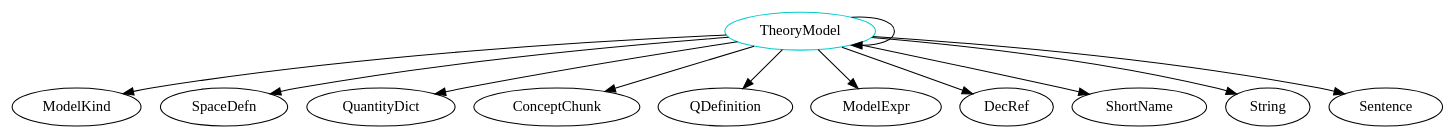
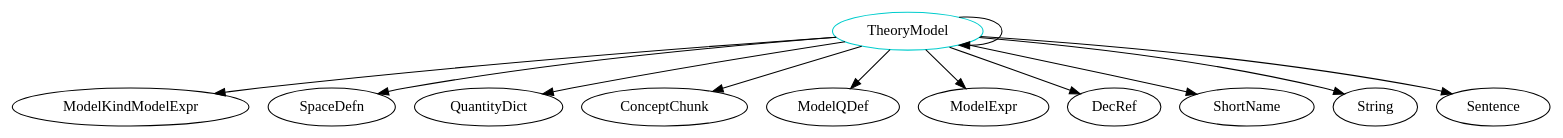
The diagram in analysis/TypeDependencyGraphs/theory/TheoryModel.dot (JacquesCarette/Drasil), drawn with Graphviz before and after one commit. The commit also changed 1222 other files, not shown here.

```diff
--- a/analysis/TypeDependencyGraphs/theory/TheoryModel.dot
+++ b/analysis/TypeDependencyGraphs/theory/TheoryModel.dot
@@ -1,14 +1,14 @@
 digraph theorymodel{
 TheoryModel	[shape=oval, color=cyan3, label="TheoryModel"];
-TheoryModel -> ModelKind;
+TheoryModel -> ModelKindModelExpr;
 TheoryModel -> TheoryModel;
 TheoryModel -> SpaceDefn;
 TheoryModel -> QuantityDict;
 TheoryModel -> ConceptChunk;
-TheoryModel -> QDefinition;
+TheoryModel -> ModelQDef;
 TheoryModel -> ModelExpr;
 TheoryModel -> DecRef;
 TheoryModel -> ShortName;
 TheoryModel -> String;
 TheoryModel -> Sentence;
 }
```
